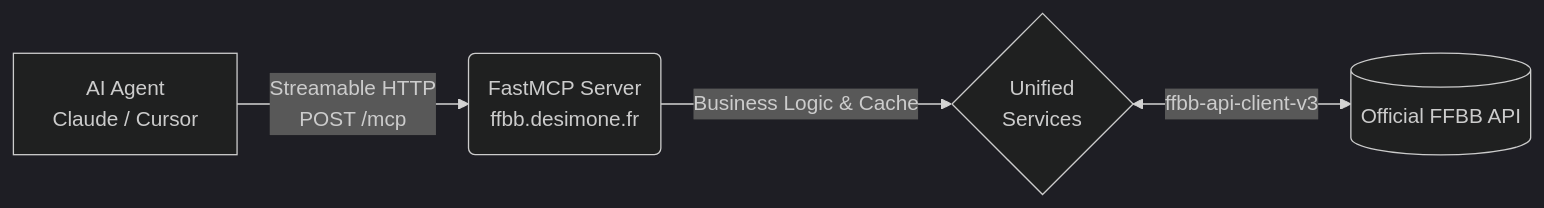
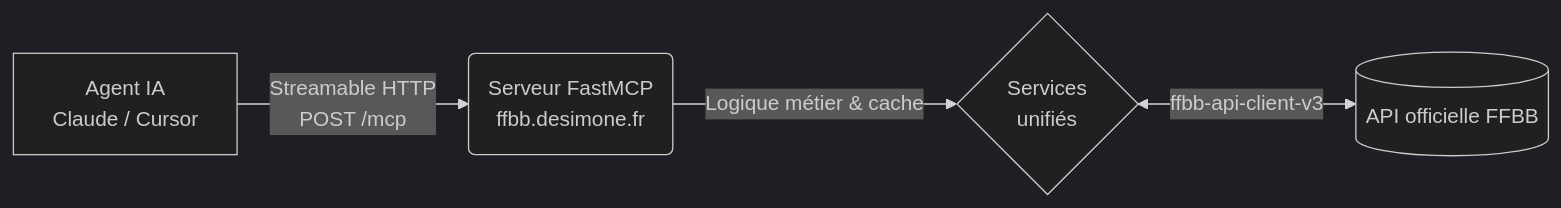
The diagram in README.md (nickdesi/FFBB-MCP-Server), drawn with Mermaid (dark theme) before and after one commit. The commit also changed other lines of this file, not shown here.

````diff
--- a/README.md
+++ b/README.md
@@ -93,6 +93,6 @@
 ```mermaid
 flowchart LR
-    A["AI Agent\nClaude / Cursor"] -->|"Streamable HTTP\nPOST /mcp"| B("FastMCP Server\nffbb.desimone.fr")
-    B -->|"Business Logic & Cache"| C{"Unified\nServices"}
-    C <-->|"ffbb-api-client-v3"| D[("Official FFBB API")]
+    A["Agent IA\nClaude / Cursor"] -->|"Streamable HTTP\nPOST /mcp"| B("Serveur FastMCP\nffbb.desimone.fr")
+    B -->|"Logique métier & cache"| C{"Services\nunifiés"}
+    C <-->|"ffbb-api-client-v3"| D[("API officielle FFBB")]
 ```
````
